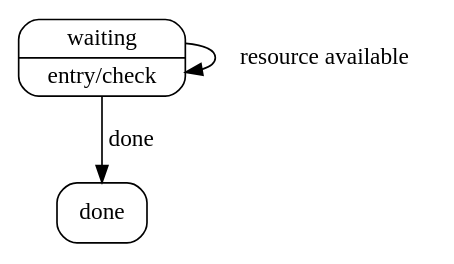
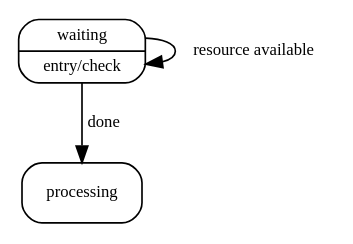
One commit to simonjwright/coldframe changed the diagram in self-events.dot. Above: the diagram before and after it, drawn with Graphviz.

Commit message:
Reduced font size. 'done' node -> 'processing'.

```diff
--- a/self-events.dot
+++ b/self-events.dot
@@ -1,9 +1,9 @@
-// $Id: self-events.dot,v d5b7278b6845 2007/10/20 17:38:11 simonjwright $
+// $Id: self-events.dot,v b57748f1f106 2007/10/20 19:15:46 simonjwright $
 // dot diagram showing use of self event to count resources
 
 digraph {
-waiting [shape=Mrecord, label = "{ waiting | entry/check }"]
-done [shape=Mrecord]
-waiting -> waiting [label = "resource available"]
-waiting -> done [label = "done"]
+waiting [shape=Mrecord, label="{ waiting | entry/check }", fontsize=10]
+processing [shape=Mrecord, fontsize=10]
+waiting -> waiting [label="resource available", fontsize=10]
+waiting -> processing [label="done", fontsize=10]
 }
```
